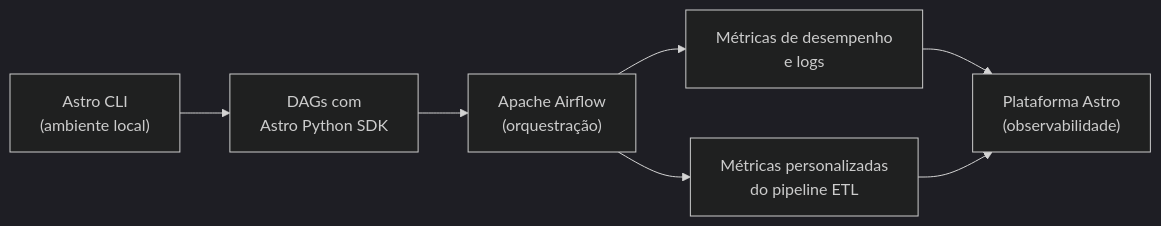
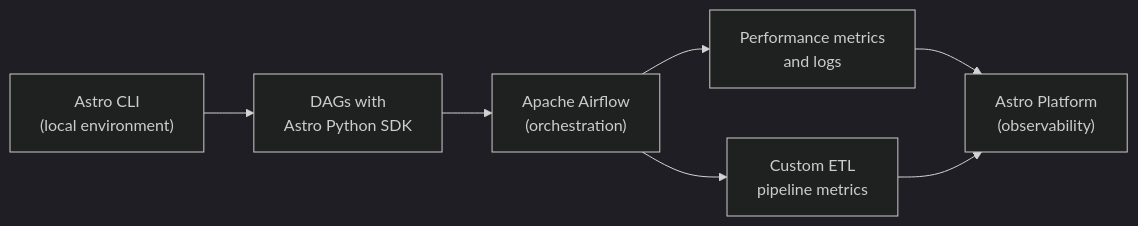
One commit to joycequoos/Apache_Airflow_P_2 changed the diagram in README.md. Above: the diagram before and after it, drawn with Mermaid (dark theme). The commit also changed other lines of this file, not shown here.

````diff
--- a/README.md
+++ b/README.md
@@ -137,9 +137,9 @@
 ```mermaid
 flowchart LR
-    A["Astro CLI<br/>(ambiente local)"] --> B["DAGs com<br/>Astro Python SDK"]
-    B --> C["Apache Airflow<br/>(orquestração)"]
-    C --> D["Métricas de desempenho<br/>e logs"]
-    C --> E["Métricas personalizadas<br/>do pipeline ETL"]
-    D --> F["Plataforma Astro<br/>(observabilidade)"]
+    A["Astro CLI<br/>(local environment)"] --> B["DAGs with<br/>Astro Python SDK"]
+    B --> C["Apache Airflow<br/>(orchestration)"]
+    C --> D["Performance metrics<br/>and logs"]
+    C --> E["Custom ETL<br/>pipeline metrics"]
+    D --> F["Astro Platform<br/>(observability)"]
     E --> F
 ```
````
